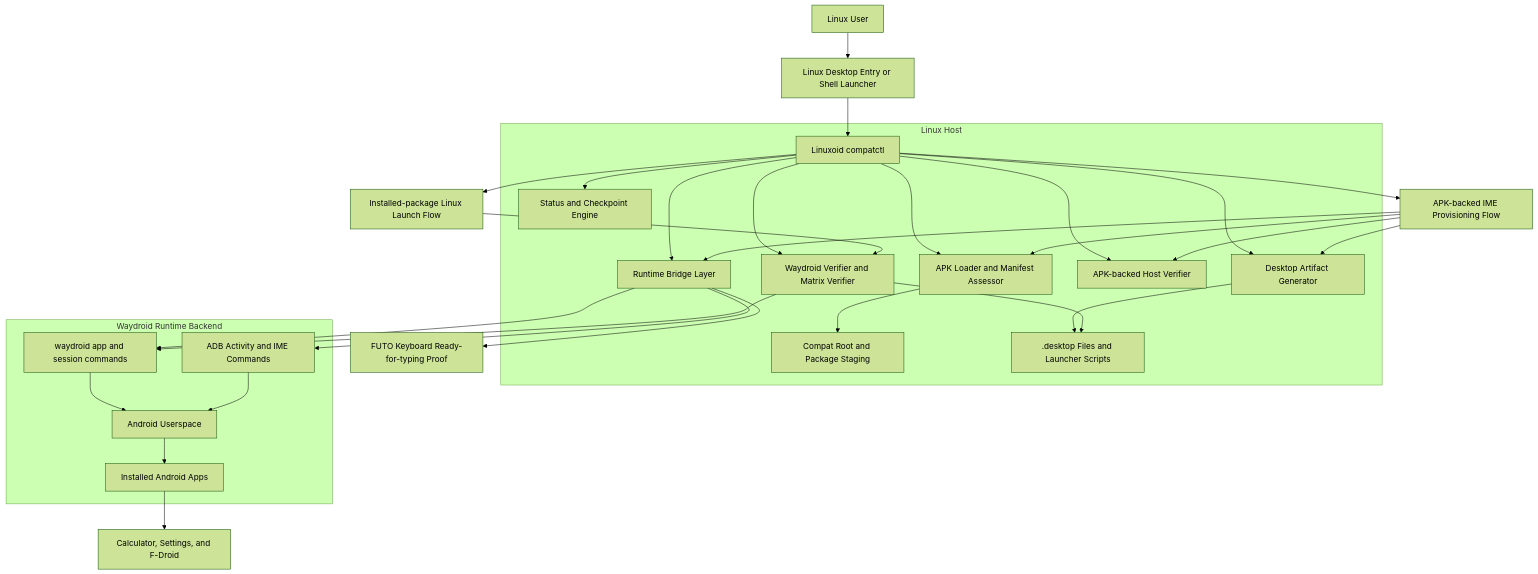
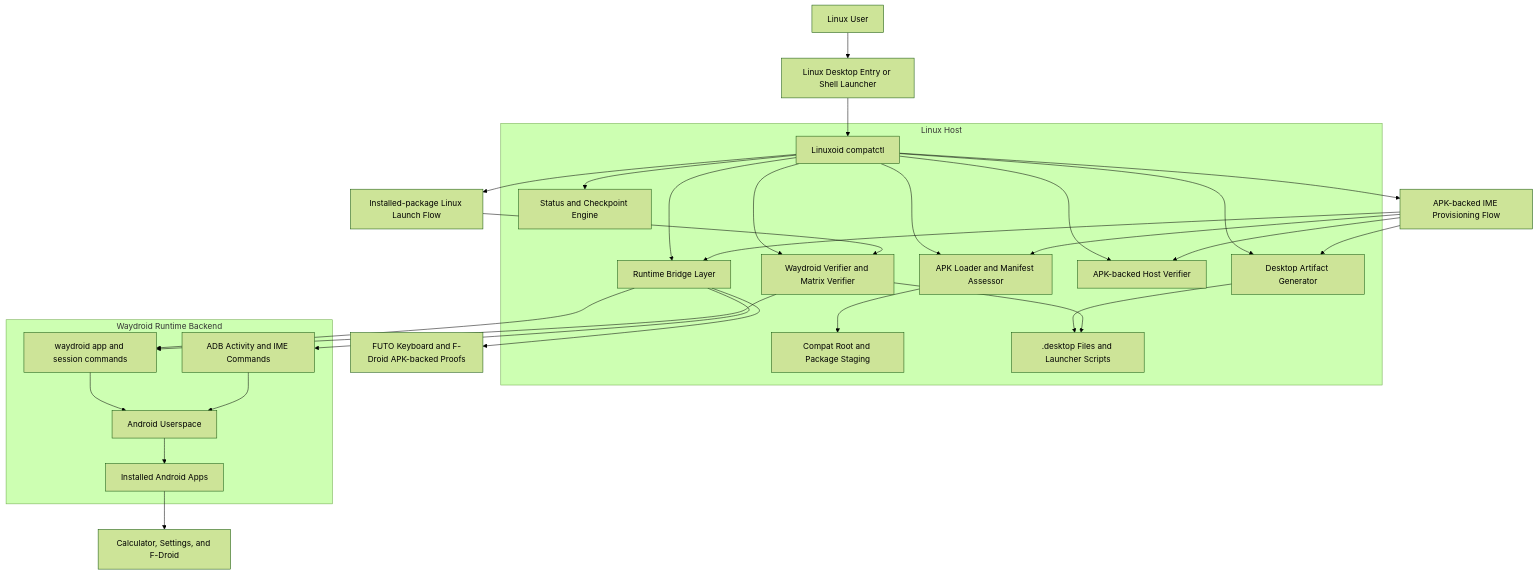
The diagram in README.md (iamawanishmaurya/Linuxoid), drawn with Mermaid (forest theme) before and after one commit. The commit also changed other lines of this file and 8 other files, not shown here.

````diff
--- a/README.md
+++ b/README.md
@@ -13,37 +13,37 @@
 ```mermaid
 flowchart TB
   User["Linux User"] --> Desktop["Linux Desktop Entry or Shell Launcher"]
   Desktop --> Compatctl["Linuxoid compatctl"]
 
   subgraph Host["Linux Host"]
     Compatctl --> Status["Status and Checkpoint Engine"]
     Compatctl --> Loader["APK Loader and Manifest Assessor"]
     Compatctl --> Desktopify["Desktop Artifact Generator"]
     Compatctl --> Verifier["Waydroid Verifier and Matrix Verifier"]
     Compatctl --> ApkVerifier["APK-backed Host Verifier"]
     Compatctl --> Runtime["Runtime Bridge Layer"]
     Loader --> CompatRoot["Compat Root and Package Staging"]
     Desktopify --> DesktopFiles[".desktop Files and Launcher Scripts"]
   end
 
   subgraph Backend["Waydroid Runtime Backend"]
     Runtime --> WaydroidCLI["waydroid app and session commands"]
     Runtime --> AdbBridge["ADB Activity and IME Commands"]
     WaydroidCLI --> Android["Android Userspace"]
     AdbBridge --> Android
     Android --> InstalledApps["Installed Android Apps"]
   end
 
   Compatctl --> KeyboardFlow["APK-backed IME Provisioning Flow"]
   KeyboardFlow --> Loader
   KeyboardFlow --> Desktopify
   KeyboardFlow --> ApkVerifier
   KeyboardFlow --> Runtime
-  Runtime --> KeyboardApp["FUTO Keyboard Ready-for-typing Proof"]
+  Runtime --> KeyboardApp["FUTO Keyboard and F-Droid APK-backed Proofs"]
 
   Compatctl --> InstalledFlow["Installed-package Linux Launch Flow"]
   InstalledFlow --> Verifier
   Verifier --> DesktopFiles
   Verifier --> WaydroidCLI
   InstalledApps --> ProvenApps["Calculator, Settings, and F-Droid"]
 ```
````
